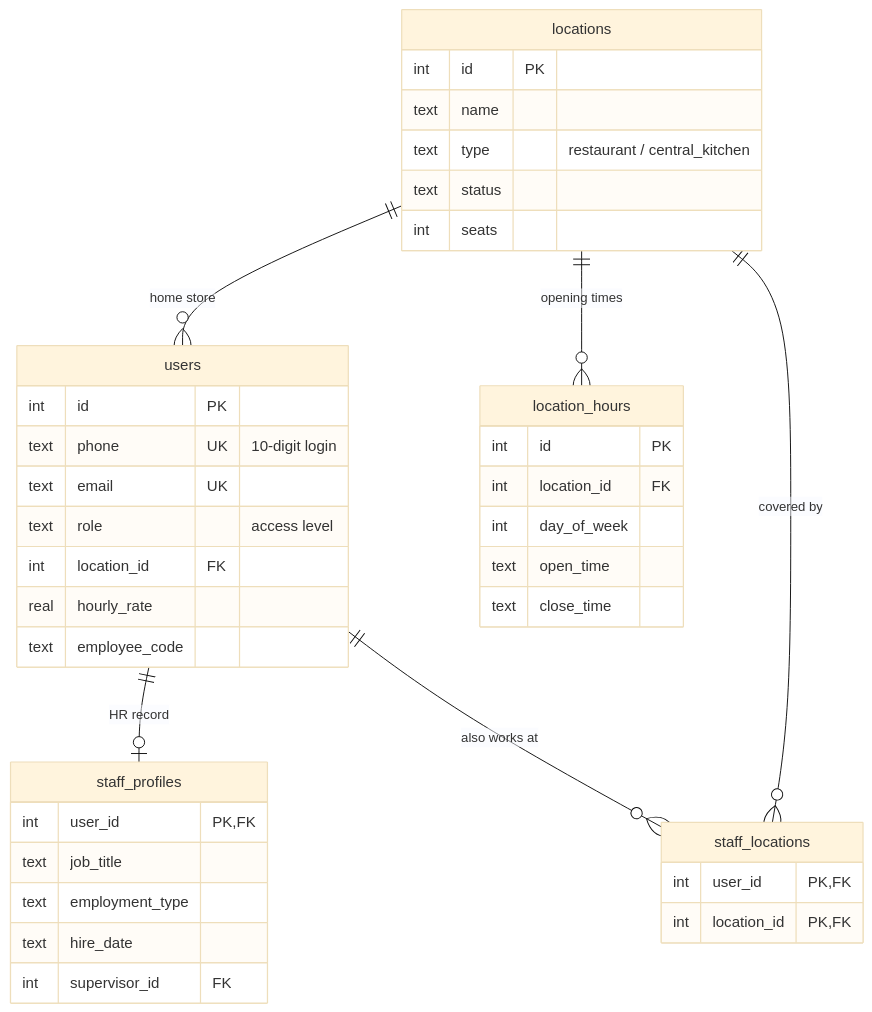
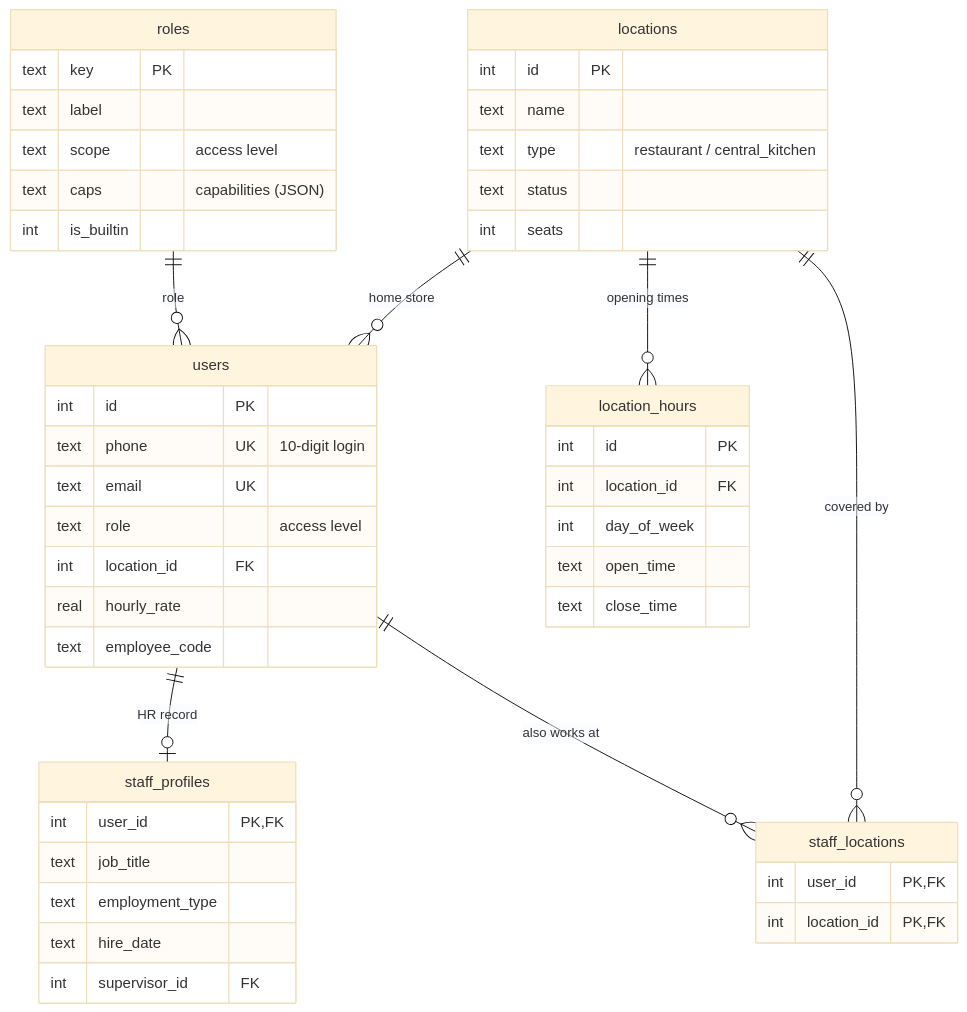
The second of 16 diagrams in docs/HANDBOOK.md (nolanle-gmail/pho-ha-noi), drawn with Mermaid (base theme) before and after one commit. The commit also changed other lines of this file, not shown here.

First line of the commit message:
HANDBOOK: Roles registry + Role/Access Level terminology

````diff
--- a/docs/HANDBOOK.md
+++ b/docs/HANDBOOK.md
@@ -138,42 +139,50 @@
 ```mermaid
 erDiagram
   locations ||--o{ users : "home store"
   locations ||--o{ location_hours : "opening times"
+  roles ||--o{ users : "role"
   users ||--o| staff_profiles : "HR record"
   users ||--o{ staff_locations : "also works at"
   locations ||--o{ staff_locations : "covered by"
+  roles {
+    text key PK
+    text label
+    text scope "access level"
+    text caps "capabilities (JSON)"
+    int is_builtin
+  }
   locations {
     int id PK
     text name
     text type "restaurant / central_kitchen"
     text status
     int seats
   }
   users {
     int id PK
     text phone UK "10-digit login"
     text email UK
     text role "access level"
     int location_id FK
     real hourly_rate
     text employee_code
   }
   staff_profiles {
     int user_id PK,FK
     text job_title
     text employment_type
     text hire_date
     int supervisor_id FK
   }
   staff_locations {
     int user_id PK,FK
     int location_id PK,FK
   }
   location_hours {
     int id PK
     int location_id FK
     int day_of_week
     text open_time
     text close_time
   }
 ```
````
